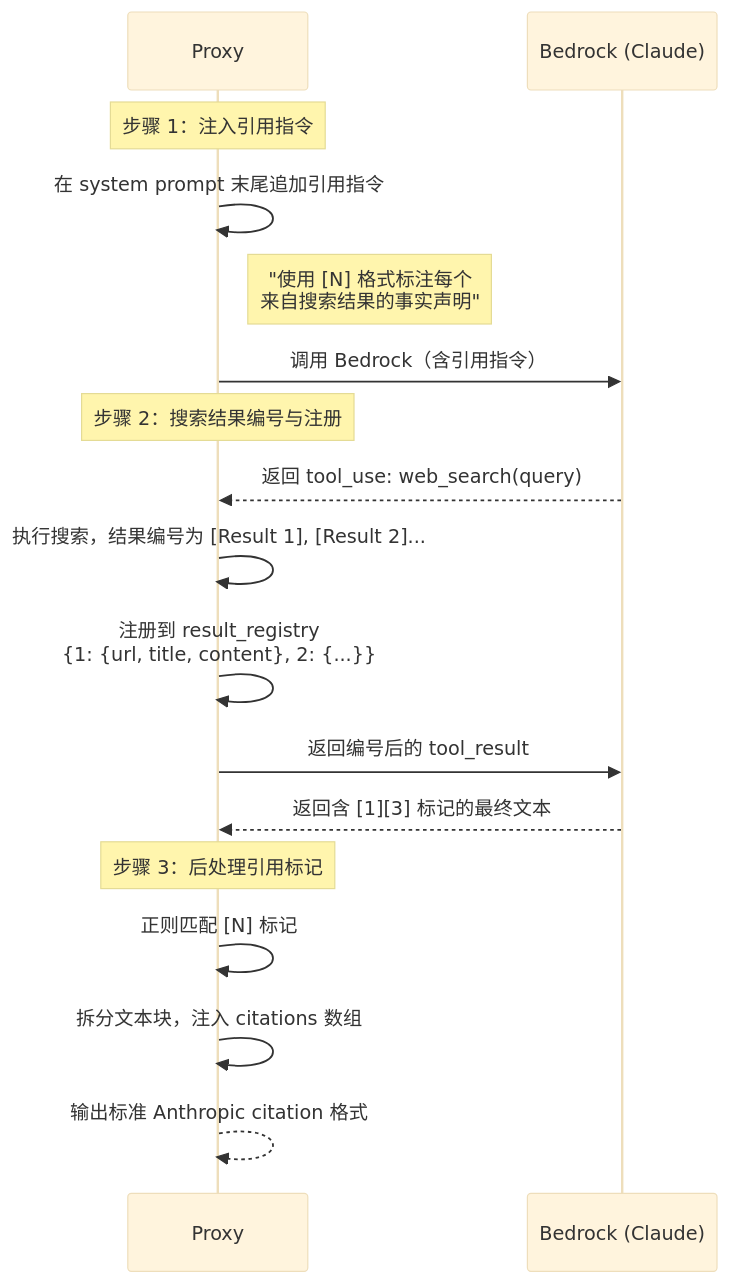
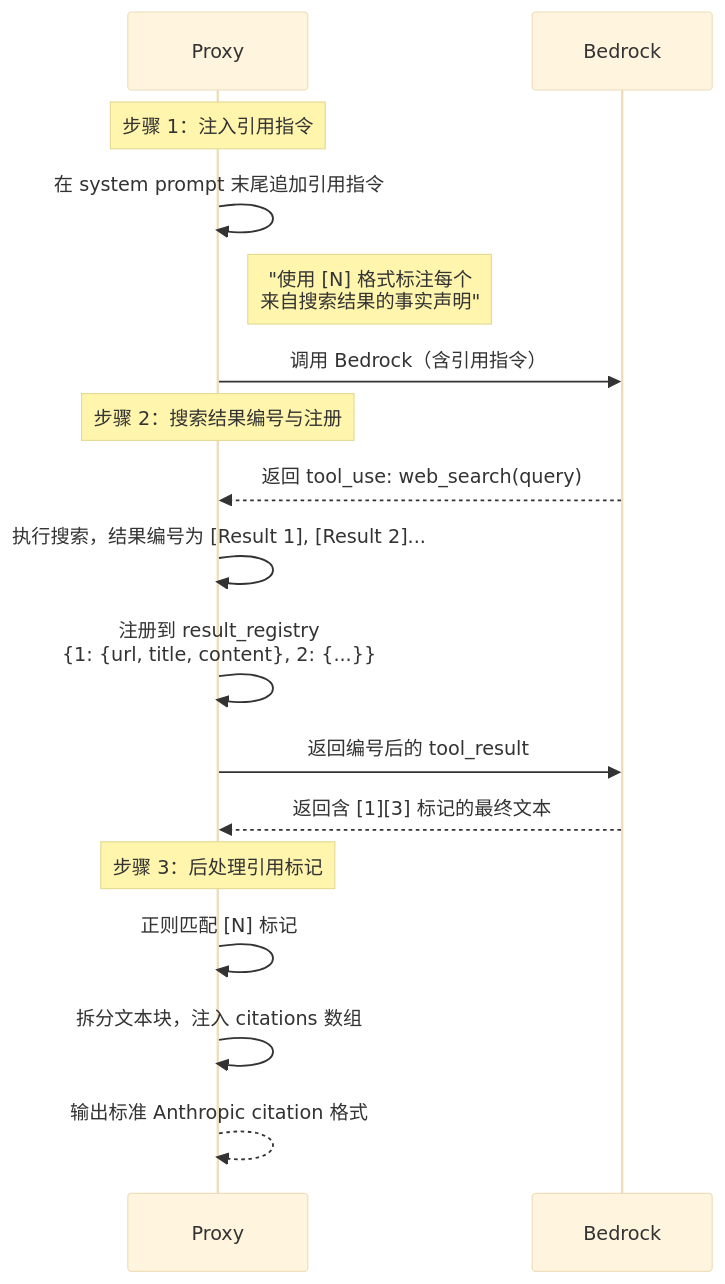
One commit to xiehust/anthropic_api_converter changed the third of 4 diagrams in docs/blog/web-search-fetch-on-bedrock.md. Above: the diagram before and after it, drawn with Mermaid (base theme). The commit also changed other lines of this file and 3 other files, not shown here.

````diff
--- a/docs/blog/web-search-fetch-on-bedrock.md
+++ b/docs/blog/web-search-fetch-on-bedrock.md
@@ -340,24 +331,24 @@
 ```mermaid
 sequenceDiagram
     participant P as Proxy
-    participant B as Bedrock (Claude)
+    participant B as Bedrock
 
     Note over P: 步骤 1：注入引用指令
     P->>P: 在 system prompt 末尾追加引用指令
     Note right of P: "使用 [N] 格式标注每个<br/>来自搜索结果的事实声明"
 
     P->>B: 调用 Bedrock（含引用指令）
 
     Note over P: 步骤 2：搜索结果编号与注册
     B-->>P: 返回 tool_use: web_search(query)
     P->>P: 执行搜索，结果编号为 [Result 1], [Result 2]...
     P->>P: 注册到 result_registry<br/>{1: {url, title, content}, 2: {...}}
     P->>B: 返回编号后的 tool_result
 
     B-->>P: 返回含 [1][3] 标记的最终文本
 
     Note over P: 步骤 3：后处理引用标记
     P->>P: 正则匹配 [N] 标记
     P->>P: 拆分文本块，注入 citations 数组
     P-->>P: 输出标准 Anthropic citation 格式
 ```
````
